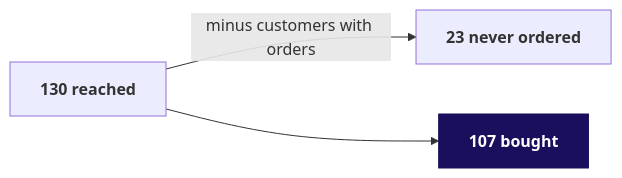
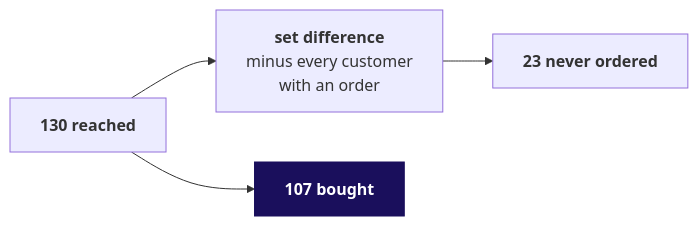
Before and after one commit to fde-academy-lab/c2-content-factory: diagram 17 of 19 in content/W02/D4/slides/C2_W02_D04_half1_STUDENT.md, drawn with Mermaid. The commit also changed other lines of this file and 4 other files, not shown here.

````diff
--- a/content/W02/D4/slides/C2_W02_D04_half1_STUDENT.md
+++ b/content/W02/D4/slides/C2_W02_D04_half1_STUDENT.md
@@ -1226,7 +1249,8 @@
 ```mermaid
 flowchart LR
-    R["<b>130 reached</b>"] -->|minus customers with orders| N["<b>23 never ordered</b>"]
+    R["<b>130 reached</b>"] --> D["<b>set difference</b><br/>minus every customer<br/>with an order"]
+    D --> N["<b>23 never ordered</b>"]
     R --> B["<b>107 bought</b>"]
     classDef bet fill:#1A0F5C,stroke:#1A0F5C,color:#FFFFFF
     class B bet
 ```
````
